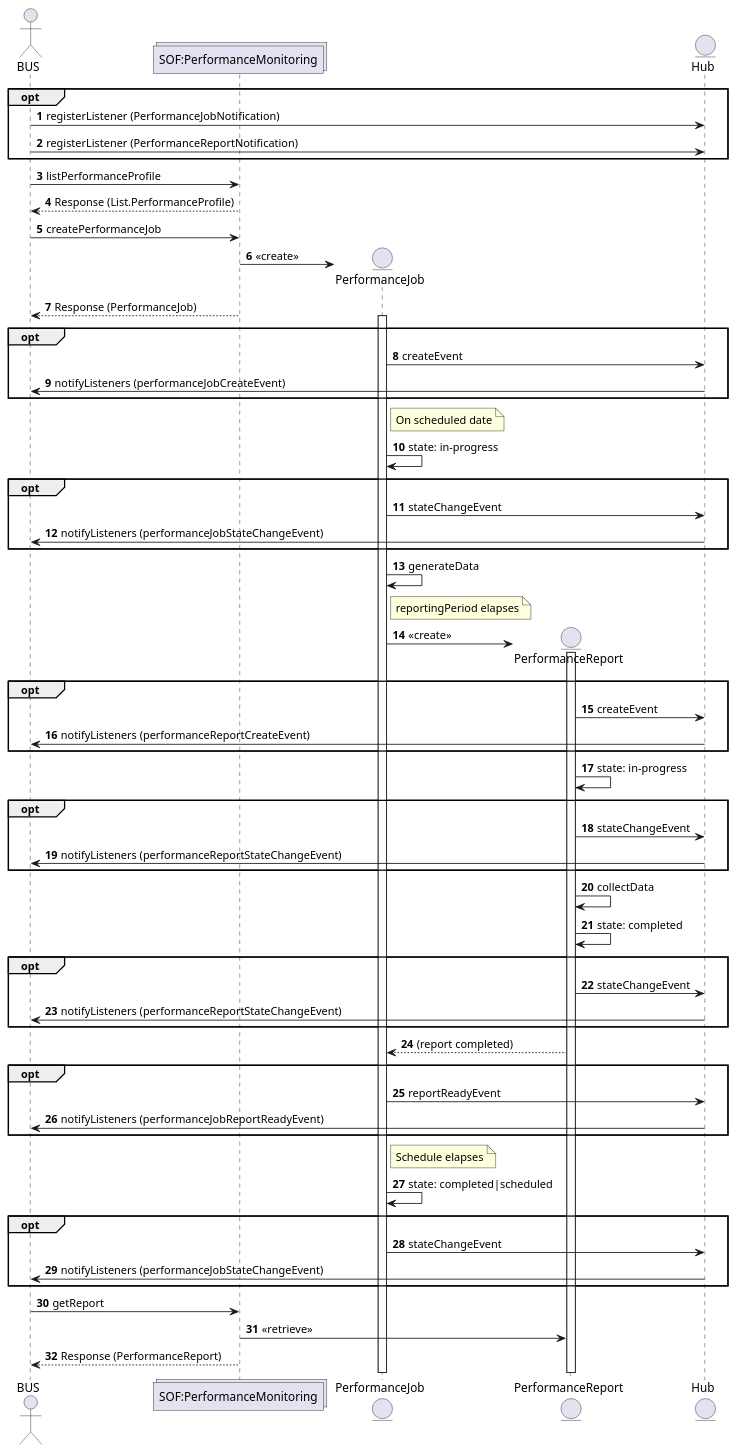
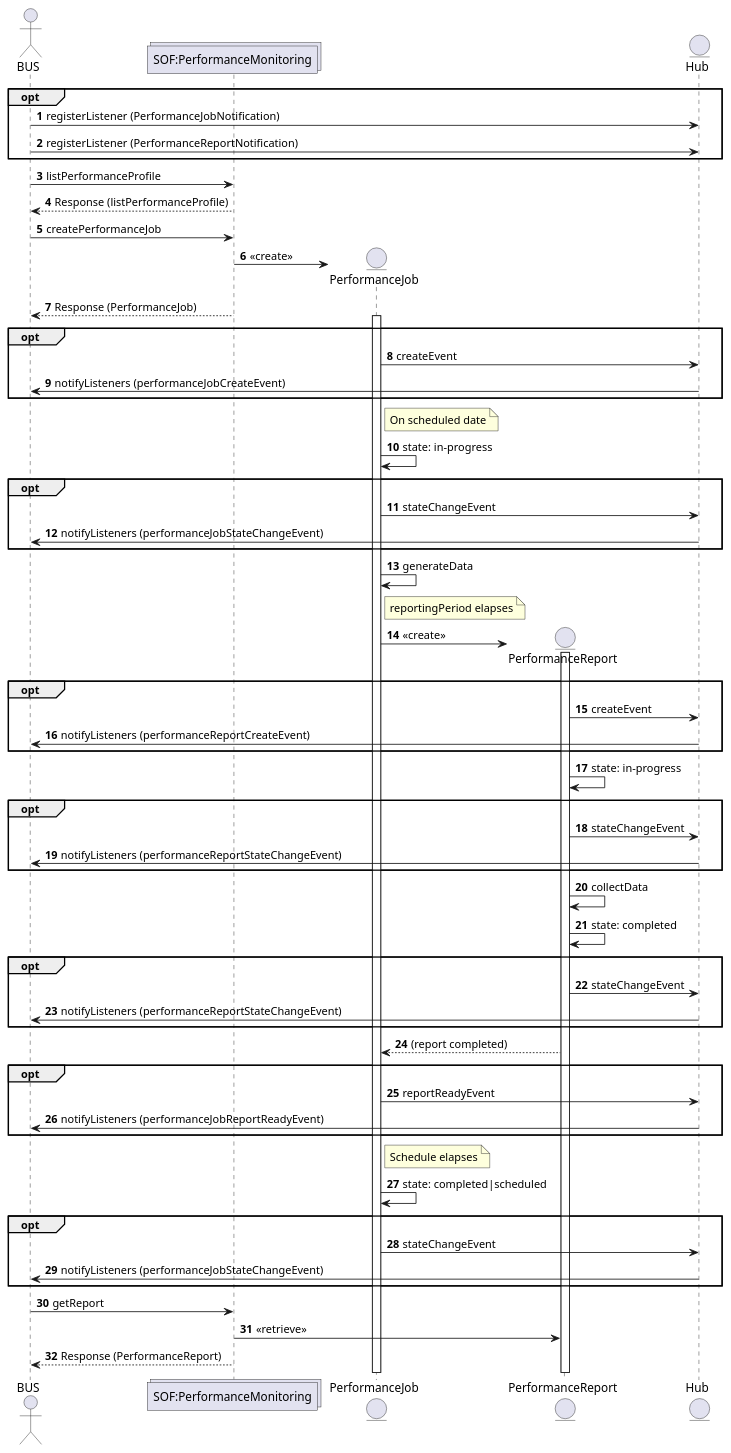
One commit to MEF-GIT/MEF-LSO-Legato-SDK changed the diagram in documentation/serviceApi/pm/performance/media/src/pmProvisioningOutsideServiceOrder.puml. Above: the diagram before and after it, drawn with PlantUML. The commit also changed 99 other files, not shown here.

```diff
--- a/documentation/serviceApi/pm/performance/media/src/pmProvisioningOutsideServiceOrder.puml
+++ b/documentation/serviceApi/pm/performance/media/src/pmProvisioningOutsideServiceOrder.puml
@@ -1,91 +1,91 @@
 @startuml pmProvisioningOutsideServiceOrder
 autonumber
 
 actor BUS as B
 collections "SOF:PerformanceMonitoring" as PM
 
 entity Hub 
 
 opt
 B -> Hub: registerListener (PerformanceJobNotification)
 B -> Hub: registerListener (PerformanceReportNotification)
 end
 
 B -> PM: listPerformanceProfile
-PM --> B: Response (List.PerformanceProfile)
+PM --> B: Response (listPerformanceProfile)
 
 B -> PM: createPerformanceJob
 
 create entity PerformanceJob as PJ
 PM -> PJ: <<create>>
 
 PM --> B: Response (PerformanceJob)
 
 activate PJ
 
 opt
 PJ -> Hub: createEvent
 Hub -> B: notifyListeners (performanceJobCreateEvent)
 end
 
 note right of PJ: On scheduled date
 PJ -> PJ: state: in-progress
 
 opt
 PJ -> Hub: stateChangeEvent
 Hub -> B: notifyListeners (performanceJobStateChangeEvent)
 end
 
 PJ -> PJ: generateData
 
 note right of PJ: reportingPeriod elapses
 
 create entity PerformanceReport as PR
 PJ -> PR: <<create>>
 
 activate PR
 
 opt
 PR -> Hub: createEvent
 Hub -> B: notifyListeners (performanceReportCreateEvent)
 end
 
 PR -> PR: state: in-progress
 
 opt
 PR -> Hub: stateChangeEvent
 Hub -> B: notifyListeners (performanceReportStateChangeEvent)
 end
 
 PR -> PR: collectData
 
 PR -> PR: state: completed
 
 opt
 PR -> Hub: stateChangeEvent
 Hub -> B: notifyListeners (performanceReportStateChangeEvent)
 end
 
 PR --> PJ: (report completed)
 
 opt
 PJ -> Hub: reportReadyEvent
 Hub -> B: notifyListeners (performanceJobReportReadyEvent)
 end
 
 note right of PJ: Schedule elapses
 
 PJ -> PJ: state: completed|scheduled
 
 opt
 PJ -> Hub: stateChangeEvent
 Hub -> B: notifyListeners (performanceJobStateChangeEvent)
 end
 
 B -> PM: getReport
 PM -> PR: <<retrieve>>
 PM --> B: Response (PerformanceReport)
 
 entity Hub
 
 @enduml
```
